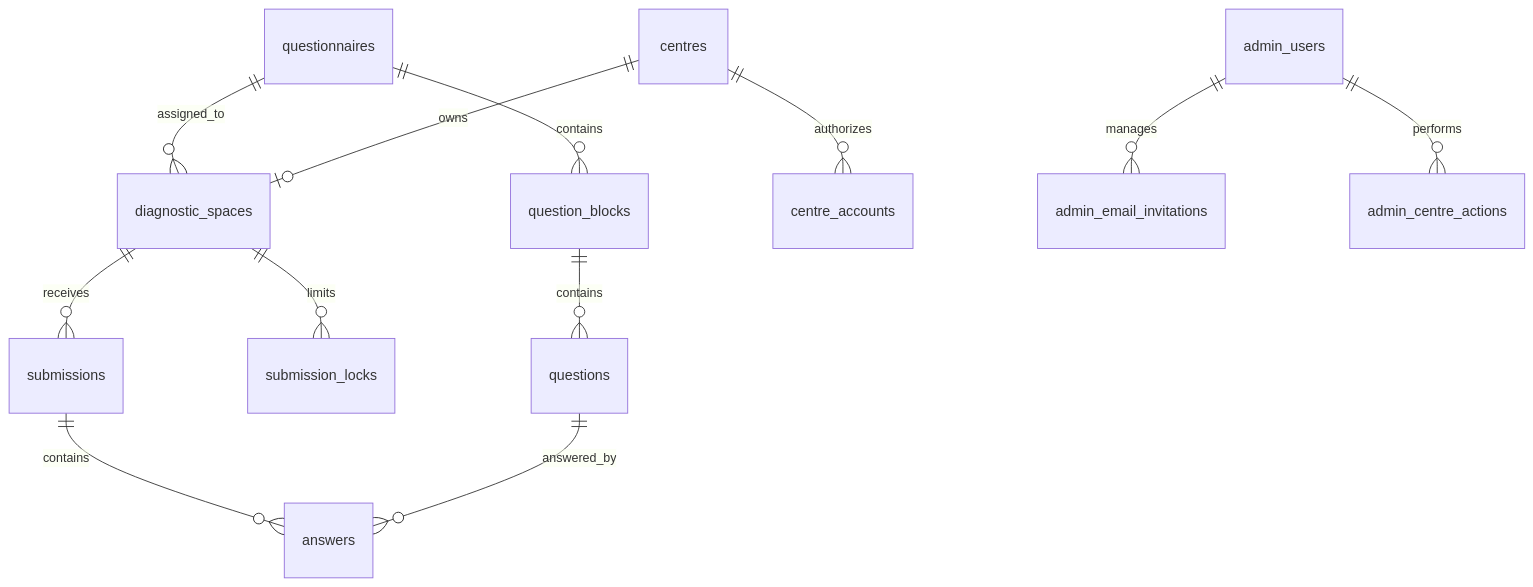
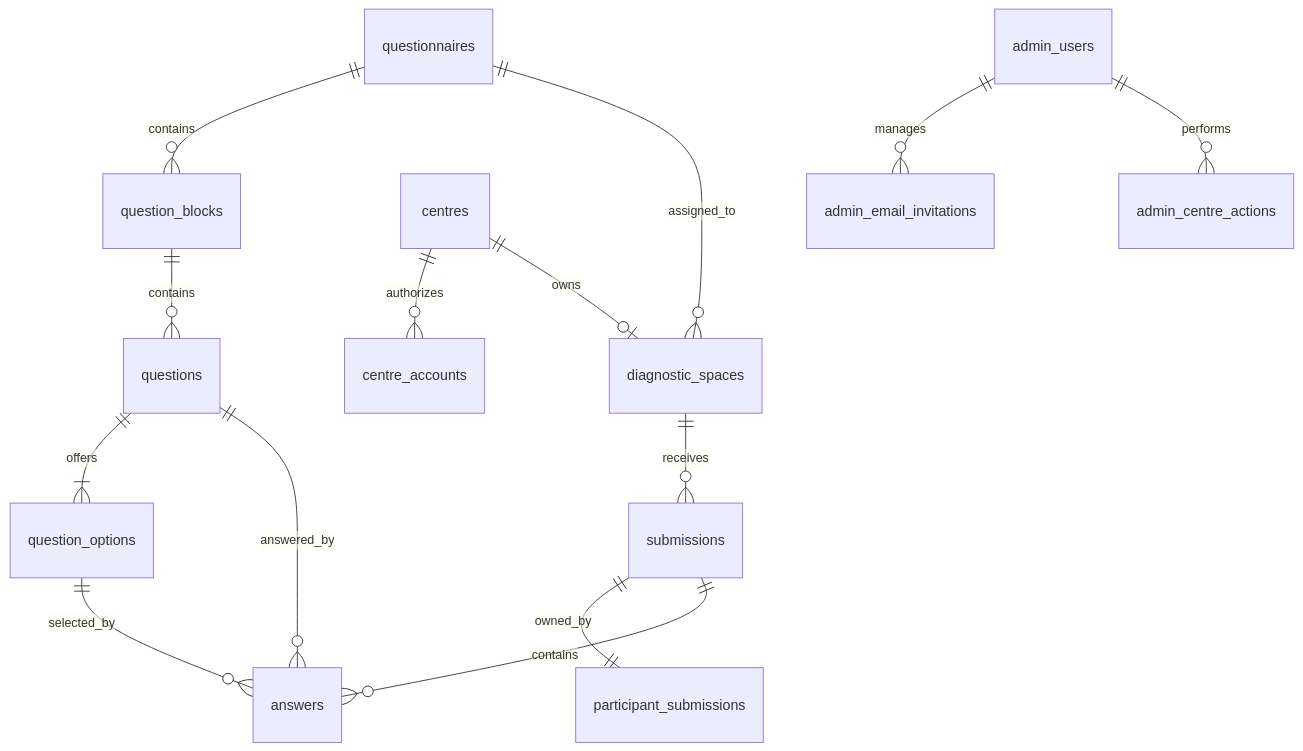
The diagram in docs/DATABASE_SCHEMA.md (rbarrachina/diagnosi-ia), drawn with Mermaid before and after one commit. The commit also changed other lines of this file and 125 other files, not shown here.

````diff
--- a/docs/DATABASE_SCHEMA.md
+++ b/docs/DATABASE_SCHEMA.md
@@ -22,14 +23,16 @@
 ```mermaid
 erDiagram
   questionnaires ||--o{ question_blocks : contains
   question_blocks ||--o{ questions : contains
+  questions ||--|{ question_options : offers
   questionnaires ||--o{ diagnostic_spaces : assigned_to
   centres ||--o{ centre_accounts : authorizes
   centres ||--o| diagnostic_spaces : owns
-  diagnostic_spaces ||--o{ submission_locks : limits
   diagnostic_spaces ||--o{ submissions : receives
+  submissions ||--|| participant_submissions : owned_by
   submissions ||--o{ answers : contains
   questions ||--o{ answers : answered_by
+  question_options ||--o{ answers : selected_by
   admin_users ||--o{ admin_email_invitations : manages
   admin_users ||--o{ admin_centre_actions : performs
 ```
````
